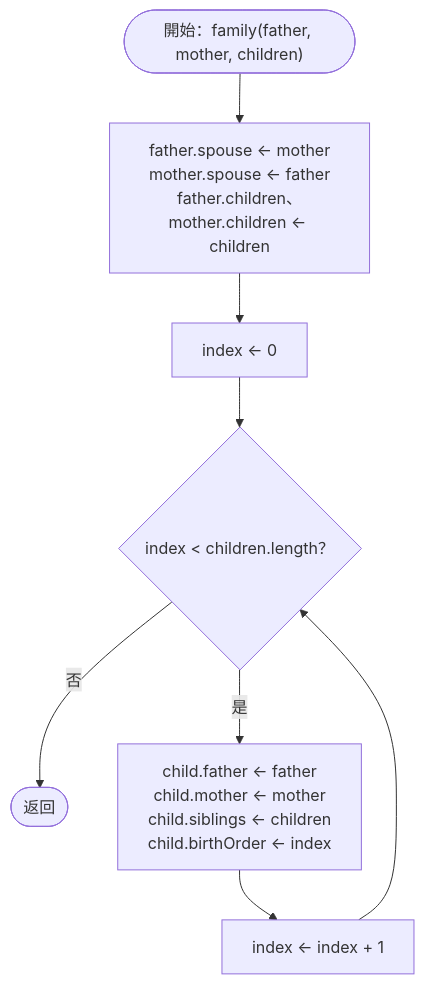
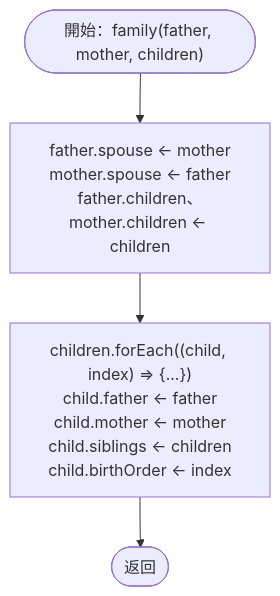
One commit to Chuen666666/hw3 changed diagram 23 of 29 in README.md. Above: the diagram before and after it, drawn with Mermaid. The commit also changed other lines of this file, not shown here.

Commit message:
使流程圖回傳與迴圈貼合原始碼

````diff
--- a/README.md
+++ b/README.md
@@ -310,10 +302,6 @@
 ```mermaid
 flowchart TD
     START(["開始：family(father, mother, children)"]) --> COUPLE["father.spouse ← mother<br/>mother.spouse ← father<br/>father.children、mother.children ← children"]
-    COUPLE --> INDEX["index ← 0"]
-    INDEX --> LOOP{"index < children.length？"}
-    LOOP -- "否" --> RETURN(["返回"])
-    LOOP -- "是" --> LINK["child.father ← father<br/>child.mother ← mother<br/>child.siblings ← children<br/>child.birthOrder ← index"]
-    LINK --> NEXT["index ← index + 1"]
-    NEXT --> LOOP
+    COUPLE --> CHILDREN["children.forEach((child, index) => {...})<br/>child.father ← father<br/>child.mother ← mother<br/>child.siblings ← children<br/>child.birthOrder ← index"]
+    CHILDREN --> RETURN(["返回"])
 ```
````
